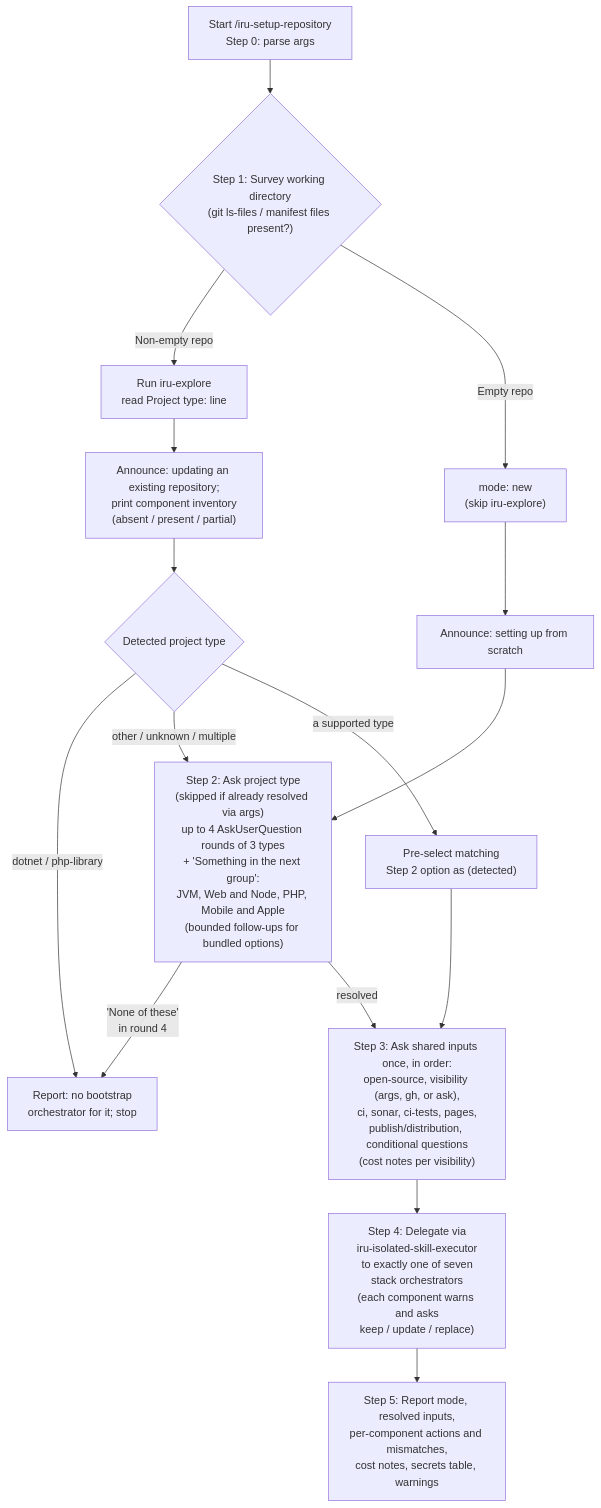
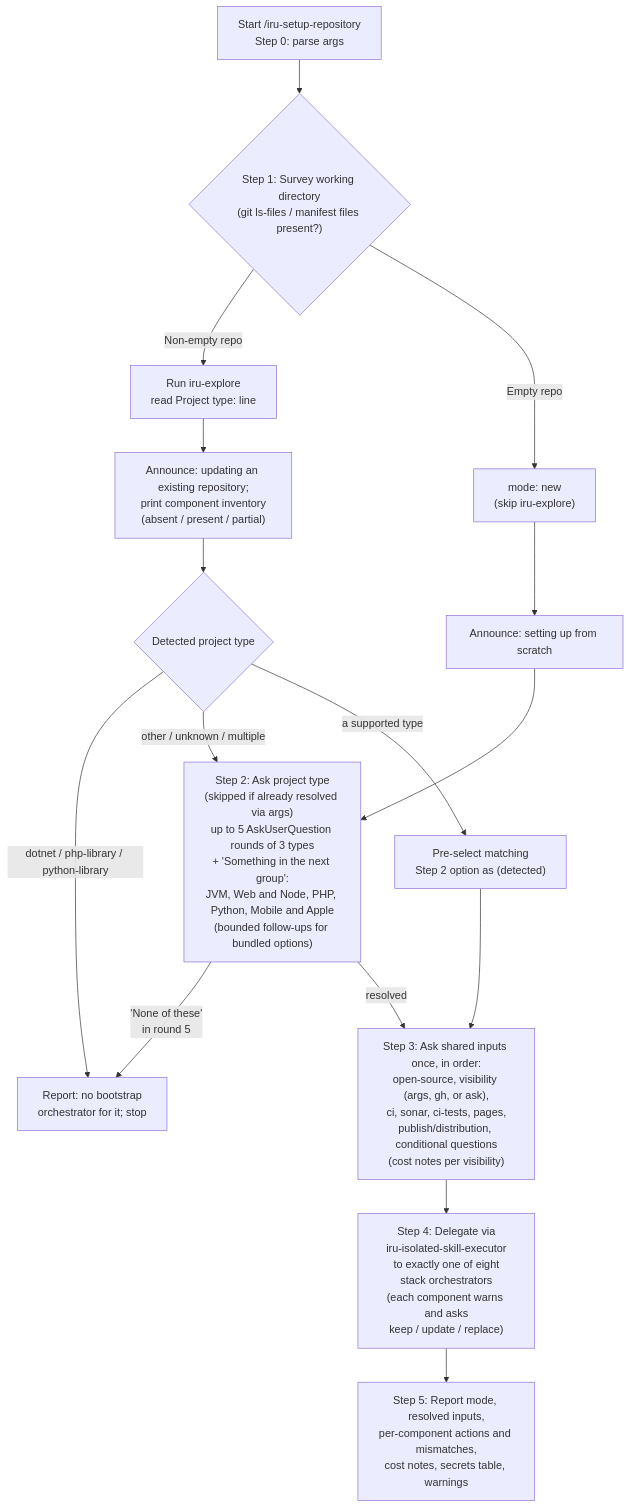
The diagram in docs/modules/ROOT/pages/skills/iru-setup-repository.adoc (albertoirurueta/ai-catalog), drawn with Mermaid before and after one commit. The commit also changed other lines of this file and 91 other files, not shown here.

```diff
--- a/docs/modules/ROOT/pages/skills/iru-setup-repository.adoc
+++ b/docs/modules/ROOT/pages/skills/iru-setup-repository.adoc
@@ -243,19 +248,19 @@
 [mermaid]
 ....
 flowchart TD
     A["Start /iru-setup-repository\nStep 0: parse args"] --> B{"Step 1: Survey working directory\n(git ls-files / manifest files present?)"}
     B -- "Non-empty repo" --> C["Run iru-explore\nread Project type: line"]
     B -- "Empty repo" --> D["mode: new\n(skip iru-explore)"]
     C --> C1["Announce: updating an existing repository;\nprint component inventory\n(absent / present / partial)"]
     D --> D1["Announce: setting up from scratch"]
     C1 --> E{"Detected project type"}
-    E -- "dotnet / php-library" --> G["Report: no bootstrap\norchestrator for it; stop"]
+    E -- "dotnet / php-library / python-library" --> G["Report: no bootstrap\norchestrator for it; stop"]
     E -- "other / unknown / multiple" --> F
     E -- "a supported type" --> H["Pre-select matching\nStep 2 option as (detected)"]
     H --> I
-    D1 --> F["Step 2: Ask project type\n(skipped if already resolved via args)\nup to 4 AskUserQuestion rounds of 3 types\n+ 'Something in the next group':\nJVM, Web and Node, PHP, Mobile and Apple\n(bounded follow-ups for bundled options)"]
-    F -- "'None of these'\nin round 4" --> G
+    D1 --> F["Step 2: Ask project type\n(skipped if already resolved via args)\nup to 5 AskUserQuestion rounds of 3 types\n+ 'Something in the next group':\nJVM, Web and Node, PHP, Python, Mobile and Apple\n(bounded follow-ups for bundled options)"]
+    F -- "'None of these'\nin round 5" --> G
     F -- "resolved" --> I["Step 3: Ask shared inputs once, in order:\nopen-source, visibility (args, gh, or ask),\nci, sonar, ci-tests, pages,\npublish/distribution, conditional questions\n(cost notes per visibility)"]
-    I --> J["Step 4: Delegate via\niru-isolated-skill-executor\nto exactly one of seven\nstack orchestrators\n(each component warns and asks\nkeep / update / replace)"]
+    I --> J["Step 4: Delegate via\niru-isolated-skill-executor\nto exactly one of eight\nstack orchestrators\n(each component warns and asks\nkeep / update / replace)"]
     J --> K["Step 5: Report mode, resolved inputs,\nper-component actions and mismatches,\ncost notes, secrets table, warnings"]
 ....
```
